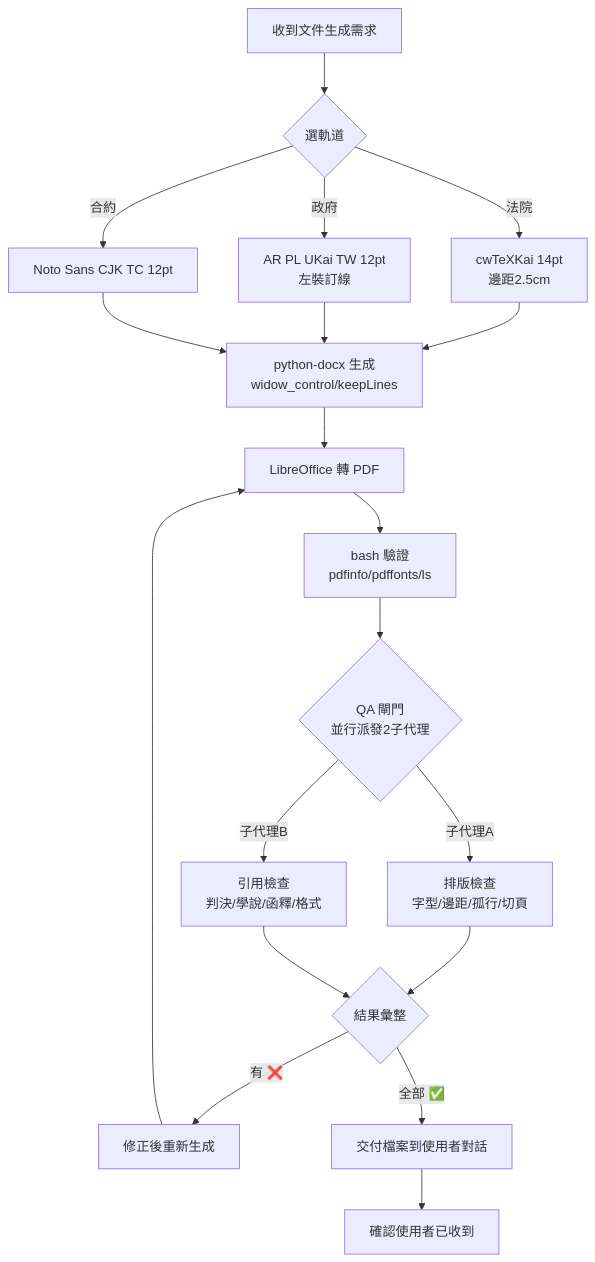
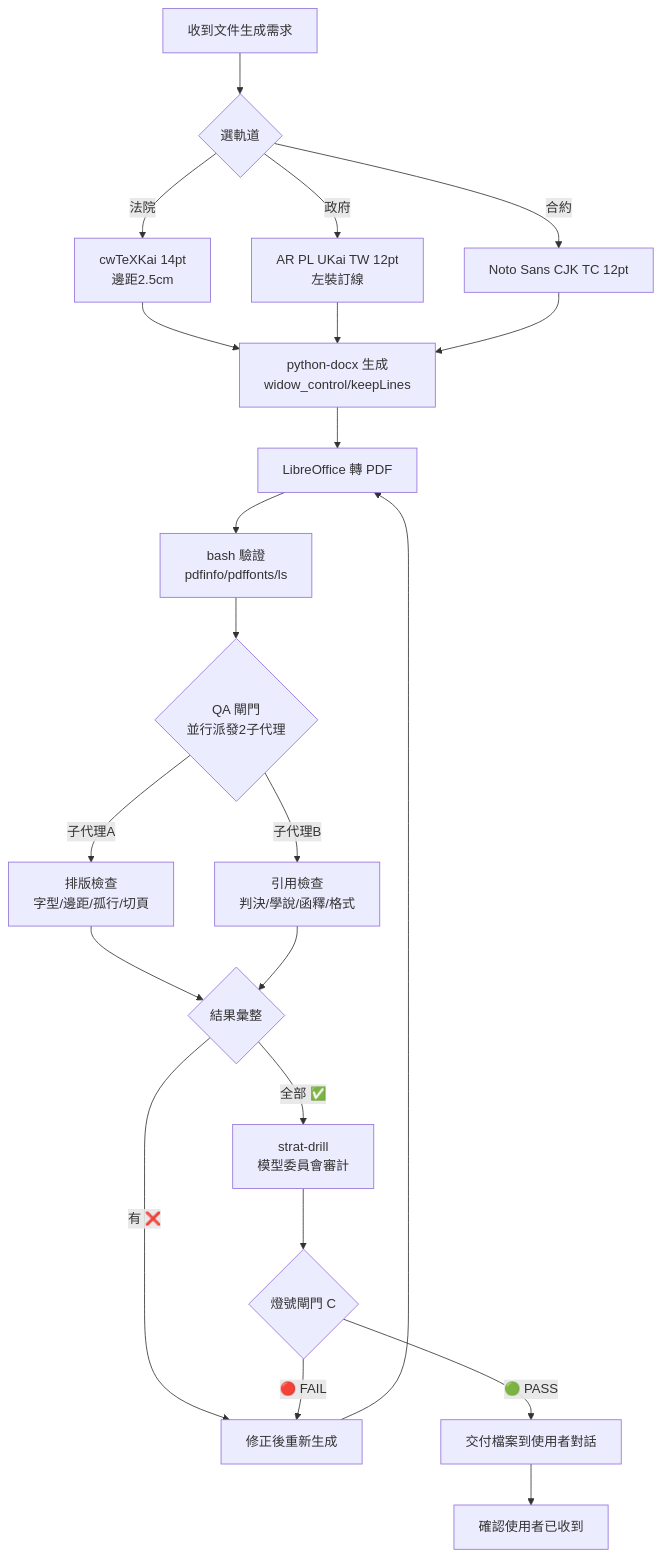
Before and after one commit to Lucien-1127/strata-skill: the first of 2 diagrams in legal/taiwan-legal-document-formatting/SKILL.md, drawn with Mermaid. The commit also changed other lines of this file and 7 other files, not shown here.

````diff
--- a/legal/taiwan-legal-document-formatting/SKILL.md
+++ b/legal/taiwan-legal-document-formatting/SKILL.md
@@ -23,21 +23,24 @@
 ```mermaid
 flowchart TD
     A[收到文件生成需求] --> B{選軌道}
     B -->|法院| C1[cwTeXKai 14pt<br>邊距2.5cm]
     B -->|政府| C2[AR PL UKai TW 12pt<br>左裝訂線]
     B -->|合約| C3[Noto Sans CJK TC 12pt]
     C1 --> D[python-docx 生成<br>widow_control/keepLines]
     C2 --> D
     C3 --> D
     D --> E[LibreOffice 轉 PDF]
     E --> E0[bash 驗證<br>pdfinfo/pdffonts/ls]
     E0 --> F{QA 閘門<br>並行派發2子代理}
     F -->|子代理A| G1[排版檢查<br>字型/邊距/孤行/切頁]
     F -->|子代理B| G2[引用檢查<br>判決/學說/函釋/格式]
     G1 --> H{結果彙整}
     G2 --> H
     H -->|有 ❌| I[修正後重新生成]
     I --> E
-    H -->|全部 ✅| J[交付檔案到使用者對話]
+    H -->|全部 ✅| L[strat-drill<br>模型委員會審計]
+    L --> M{燈號閘門 C}
+    M -->|🟢 PASS| J[交付檔案到使用者對話]
+    M -->|🔴 FAIL| I
     J --> K[確認使用者已收到]
 ```
````
